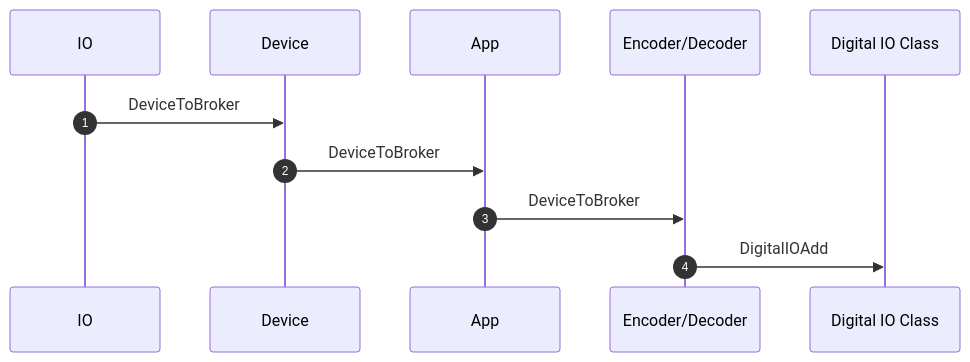
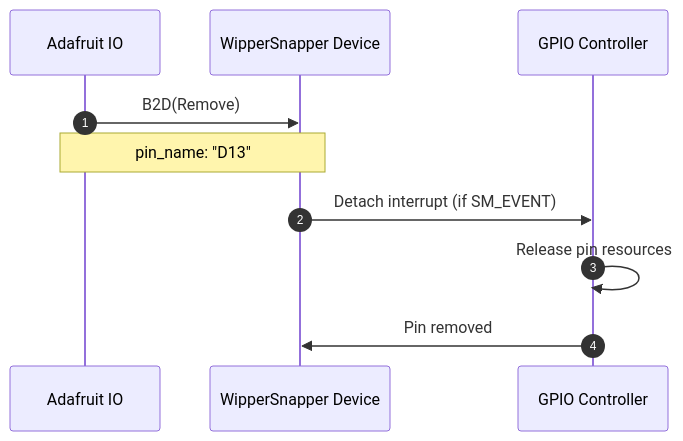
The fourth of 4 diagrams in proto/wippersnapper/docs/digitalio.md (adafruit/Wippersnapper_Protobuf), drawn with Mermaid before and after one commit. The commit also changed other lines of this file and 4 other files, not shown here.

Commit message:
Add v2 docs / update mermaid diagrams

````diff
--- a/proto/wippersnapper/docs/digitalio.md
+++ b/proto/wippersnapper/docs/digitalio.md
@@ -16,8 +112,14 @@
 ```mermaid
 sequenceDiagram
 autonumber
-IO->>Device: DeviceToBroker
-Device->>App: DeviceToBroker
-App->>Encoder/Decoder: DeviceToBroker
-Encoder/Decoder->>Digital IO Class: DigitalIOAdd
+participant IO as Adafruit IO
+participant Device as WipperSnapper Device
+participant GPIO as GPIO Controller
+
+IO->>Device: B2D(Remove)
+Note over IO,Device: pin_name: "D13"
+
+Device->>GPIO: Detach interrupt (if SM_EVENT)
+GPIO->>GPIO: Release pin resources
+GPIO->>Device: Pin removed
 ```
````
